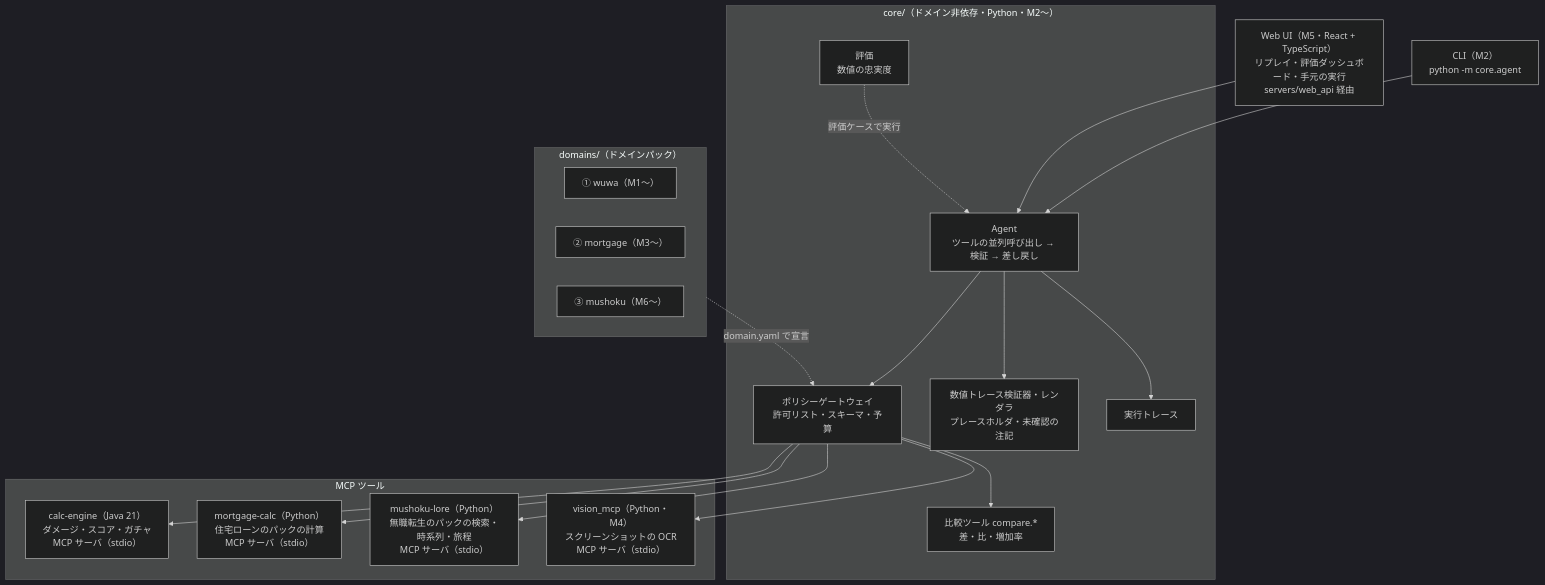
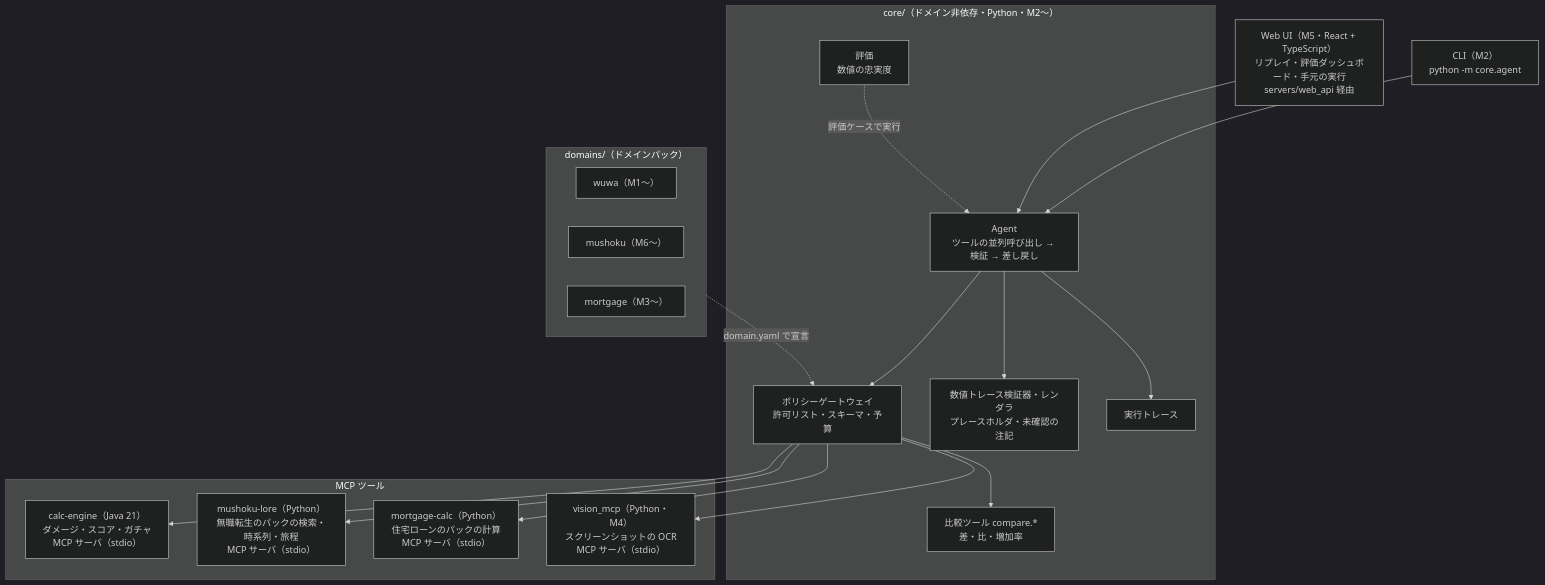
The first of 3 diagrams in docs/architecture.md (hexinlong9981/echolab), drawn with Mermaid (dark theme) before and after one commit. The commit also changed other lines of this file and 22 other files, not shown here.

````diff
--- a/docs/architecture.md
+++ b/docs/architecture.md
@@ -11,32 +11,32 @@
 ```mermaid
 flowchart TB
   CLI["CLI（M2）<br/>python -m core.agent"]
   UI["Web UI（M5・React + TypeScript）<br/>リプレイ・評価ダッシュボード・手元の実行<br/>servers/web_api 経由"]
   subgraph core["core/（ドメイン非依存・Python・M2〜）"]
     AG["Agent<br/>ツールの並列呼び出し → 検証 → 差し戻し"]
     GW["ポリシーゲートウェイ<br/>許可リスト・スキーマ・予算"]
     VF["数値トレース検証器・レンダラ<br/>プレースホルダ・未確認の注記"]
     CMP["比較ツール compare.*<br/>差・比・増加率"]
     EV["評価<br/>数値の忠実度"]
     TR["実行トレース"]
   end
   subgraph tools["MCP ツール"]
     CE["calc-engine（Java 21）<br/>ダメージ・スコア・ガチャ<br/>MCP サーバ（stdio）"]
+    ML["mushoku-lore（Python）<br/>無職転生のパックの検索・時系列・旅程<br/>MCP サーバ（stdio）"]
     MC["mortgage-calc（Python）<br/>住宅ローンのパックの計算<br/>MCP サーバ（stdio）"]
-    ML["mushoku-lore（Python）<br/>無職転生のパックの検索・時系列・旅程<br/>MCP サーバ（stdio）"]
     VM["vision_mcp（Python・M4）<br/>スクリーンショットの OCR<br/>MCP サーバ（stdio）"]
   end
   subgraph domains["domains/（ドメインパック）"]
-    D1["① wuwa（M1〜）"]
-    D3["② mortgage（M3〜）"]
-    D4["③ mushoku（M6〜）"]
+    D1["wuwa（M1〜）"]
+    D4["mushoku（M6〜）"]
+    D3["mortgage（M3〜）"]
   end
   CLI --> AG
   UI --> AG
   AG --> GW --> CE & MC & ML & CMP & VM
   AG --> VF
   AG --> TR
   domains -. "domain.yaml で宣言" .-> GW
   EV -. "評価ケースで実行" .-> AG
 
 ```
````
